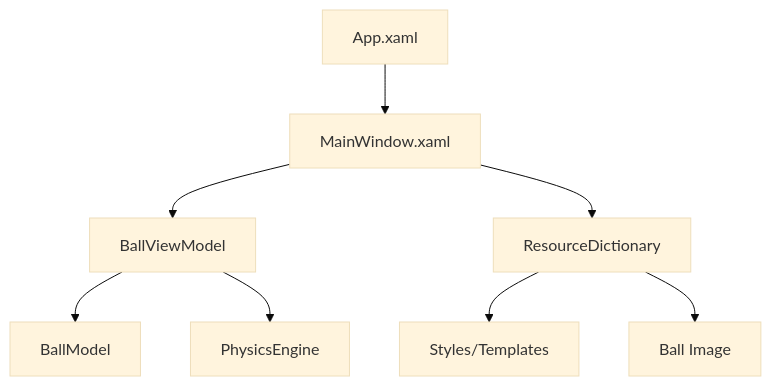
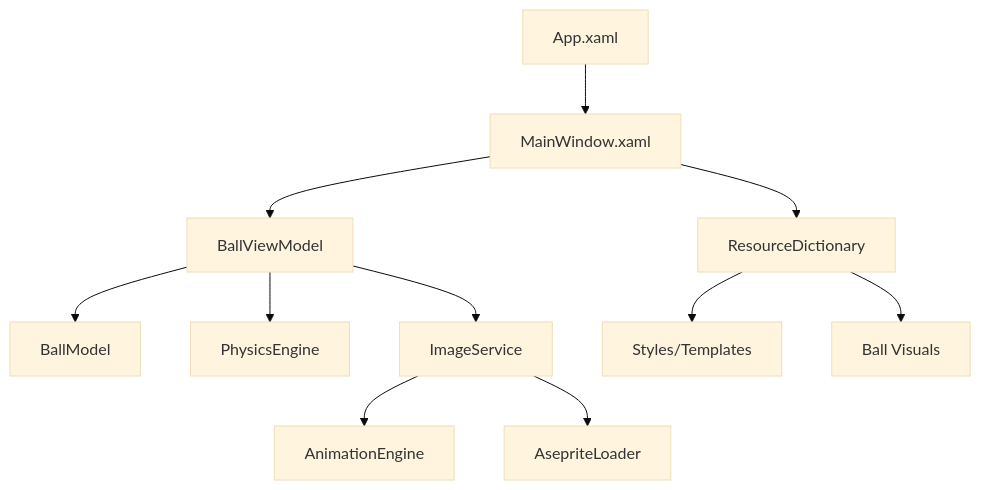
Before and after one commit to svrgn-eu/BallDragDrop: the first of 2 diagrams in .kiro/specs/ball-drag-drop/design.md, drawn with Mermaid (base theme). The commit also changed other lines of this file and 10 other files, not shown here.

````diff
--- a/.kiro/specs/ball-drag-drop/design.md
+++ b/.kiro/specs/ball-drag-drop/design.md
@@ -15,10 +15,13 @@
 ```mermaid
 graph TD
     A[App.xaml] --> B[MainWindow.xaml]
     B --> C[BallViewModel]
     C --> D[BallModel]
     C --> E[PhysicsEngine]
-    B --> F[ResourceDictionary]
-    F --> G[Styles/Templates]
-    F --> H[Ball Image]
+    C --> F[ImageService]
+    F --> G[AnimationEngine]
+    F --> H[AsepriteLoader]
+    B --> I[ResourceDictionary]
+    I --> J[Styles/Templates]
+    I --> K[Ball Visuals]
 ```
````
